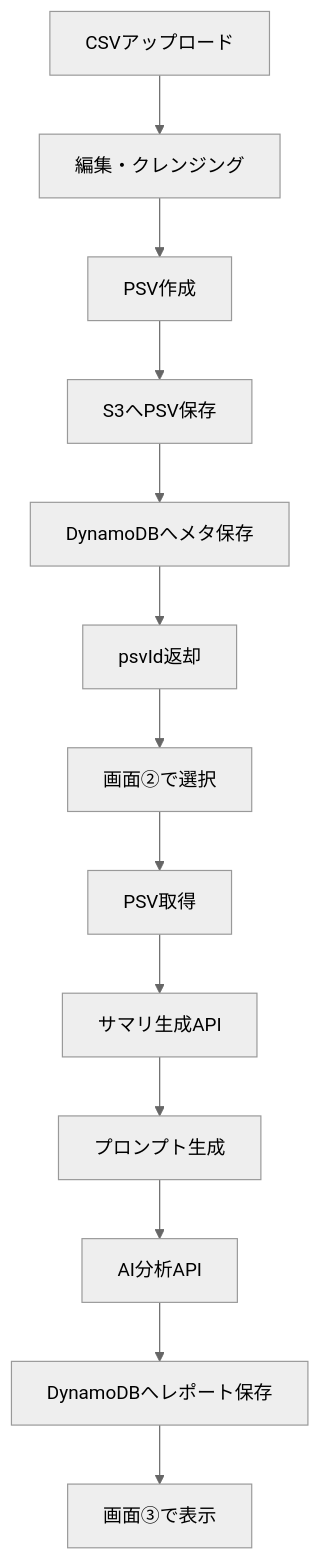
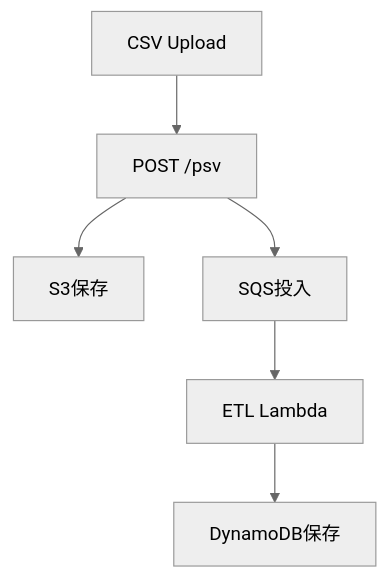
The second of 4 diagrams in 詳細設計書.md (yonegen0/kakeibo_app), drawn with Mermaid (neutral theme) before and after one commit. The commit also changed other lines of this file, not shown here.

````diff
--- a/詳細設計書.md
+++ b/詳細設計書.md
@@ -41,15 +66,8 @@
 ```mermaid
 graph TD
-    A[CSVアップロード] --> B[編集・クレンジング]
-    B --> C[PSV作成]
-    C --> D[S3へPSV保存]
-    D --> E[DynamoDBへメタ保存]
-    E --> F[psvId返却]
-    F --> G[画面②で選択]
-    G --> H[PSV取得]
-    H --> I[サマリ生成API]
-    I --> J[プロンプト生成]
-    J --> K[AI分析API]
-    K --> L[DynamoDBへレポート保存]
-    L --> M[画面③で表示]
+    A[CSV Upload] --> B[POST /psv]
+    B --> C[S3保存]
+    B --> D[SQS投入]
+    D --> E[ETL Lambda]
+    E --> F[DynamoDB保存]
 ```
````
